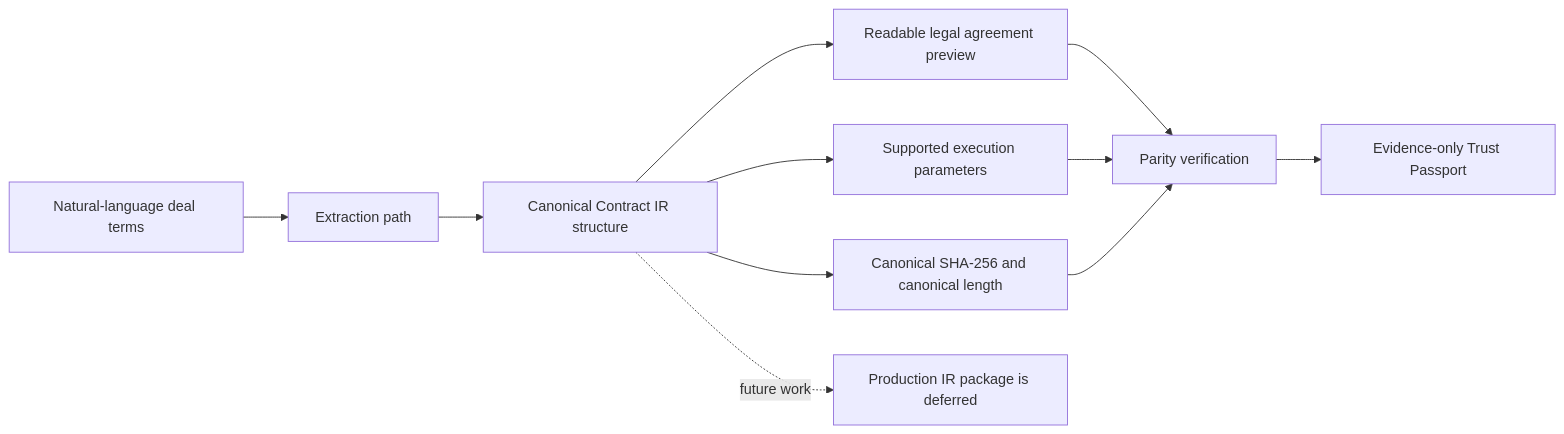
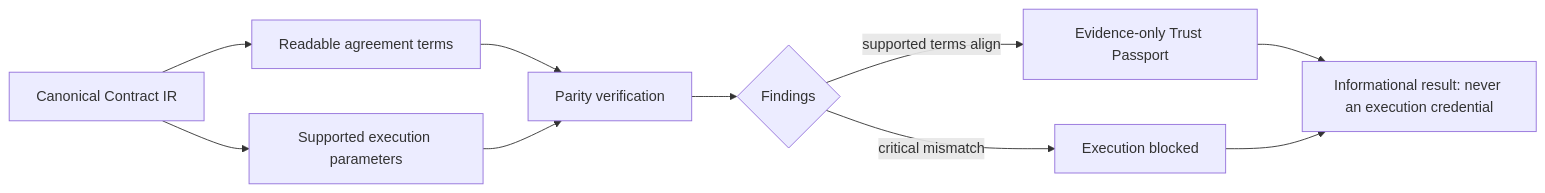
The third of 5 diagrams in README.md (the-nidhi-bhat/LEXORA-LegalX), drawn with Mermaid before and after one commit. The commit also changed other lines of this file and 13 other files, not shown here.

````diff
--- a/README.md
+++ b/README.md
@@ -119,13 +209,12 @@
 ```mermaid
 flowchart LR
-    N[Natural-language deal terms] --> E[Extraction path]
-    E --> IR[Canonical Contract IR structure]
-    IR --> H[Canonical SHA-256 and canonical length]
-    IR --> DOC[Readable legal agreement preview]
+    IR[Canonical Contract IR] --> DOC[Readable agreement terms]
     IR --> EP[Supported execution parameters]
-    DOC --> C[Parity verification]
-    EP --> C
-    H --> C
-    C --> PP[Evidence-only Trust Passport]
-    IR -. future work .-> X[Production IR package is deferred]
+    DOC --> P[Parity verification]
+    EP --> P
+    P --> F{Findings}
+    F -->|critical mismatch| B[Execution blocked]
+    F -->|supported terms align| PP[Evidence-only Trust Passport]
+    PP --> N[Informational result: never an execution credential]
+    B --> N
 ```
````
